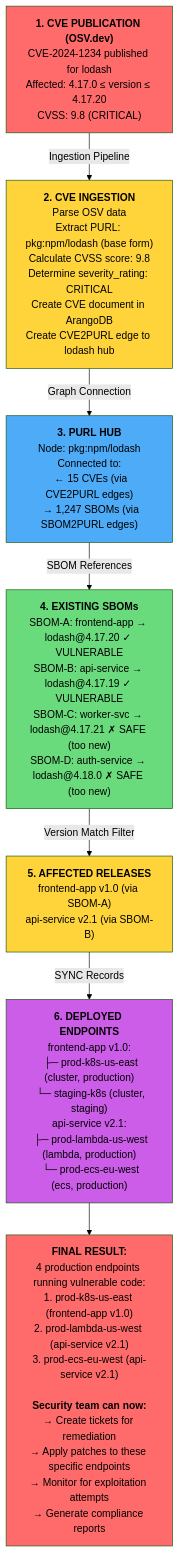
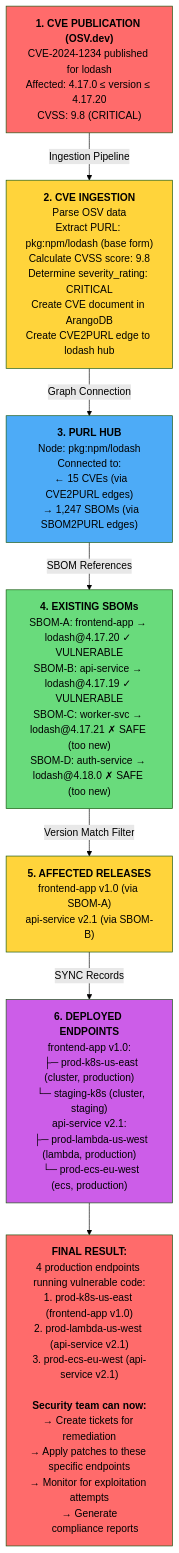
Before and after one commit to ortelius/cve2release-tracker: the ninth of 23 diagrams in design.md, drawn with Mermaid (forest theme). The commit also changed other lines of this file, not shown here.

````diff
--- a/design.md
+++ b/design.md
@@ -487,36 +501,37 @@
 ```mermaid
 flowchart TB
     Step1["<b>1. CVE PUBLICATION (OSV.dev)</b><br/>CVE-2024-1234 published for lodash<br/>Affected: 4.17.0 ≤ version ≤ 4.17.20<br/>CVSS: 9.8 (CRITICAL)"]
     
     Step1 -->|Ingestion Pipeline| Step2
     
     Step2["<b>2. CVE INGESTION</b><br/>Parse OSV data<br/>Extract PURL: pkg:npm/lodash (base form)<br/>Calculate CVSS score: 9.8<br/>Determine severity_rating: CRITICAL<br/>Create CVE document in ArangoDB<br/>Create CVE2PURL edge to lodash hub"]
     
     Step2 -->|Graph Connection| Step3
     
     Step3["<b>3. PURL HUB</b><br/>Node: pkg:npm/lodash<br/>Connected to:<br/>  ← 15 CVEs (via CVE2PURL edges)<br/>  → 1,247 SBOMs (via SBOM2PURL edges)"]
     
     Step3 -->|SBOM References| Step4
     
     Step4["<b>4. EXISTING SBOMs</b><br/>SBOM-A: frontend-app → lodash@4.17.20 ✓ VULNERABLE<br/>SBOM-B: api-service → lodash@4.17.19 ✓ VULNERABLE<br/>SBOM-C: worker-svc → lodash@4.17.21 ✗ SAFE (too new)<br/>SBOM-D: auth-service → lodash@4.18.0 ✗ SAFE (too new)"]
     
     Step4 -->|Version Match Filter| Step5
     
     Step5["<b>5. AFFECTED RELEASES</b><br/>frontend-app v1.0 (via SBOM-A)<br/>api-service v2.1 (via SBOM-B)"]
     
     Step5 -->|SYNC Records| Step6
     
     Step6["<b>6. DEPLOYED ENDPOINTS</b><br/>frontend-app v1.0:<br/>  ├─ prod-k8s-us-east (cluster, production)<br/>  └─ staging-k8s (cluster, staging)<br/>api-service v2.1:<br/>  ├─ prod-lambda-us-west (lambda, production)<br/>  └─ prod-ecs-eu-west (ecs, production)"]
     
     Step6 --> Result
     
-    Result["<b>FINAL RESULT:</b><br/>4 production endpoints running vulnerable code:<br/>1. prod-k8s-us-east (frontend-app v1.0)<br/>2. prod-lambda-us-west (api-service v2.1)<br/>3. prod-ecs-eu-west (api-service v2.1)<br/><br/><b>Security team can now:</b><br/>→ Create tickets for remediation<br/>→ Apply patches to these specific endpoints<br/>→ Monitor for exploitation attempts<br/>→ Generate compliance reports"]
+    Result["<b>FINAL RESULT:</b><br/>4 production endpoints running vulnerable code:<br/>1. prod-k8s-us-east (frontend-app v1.0)<br/>2. prod-lambda-us-west (api-service v2.1)<br/>3. prod-ecs-eu-west (api-service v2.1)<br/><br/><b>Security team can now:</b><br/>→ Create tickets for remediation<br/>→ Apply patches to these specific endpoints<br/>→ Monitor for exploitation attempts<br/>→ Generate
+    compliance reports"]
     
     style Step1 fill:#ff6b6b
     style Step2 fill:#ffd43b
     style Step3 fill:#4dabf7
     style Step4 fill:#69db7c
     style Step5 fill:#ffd43b
     style Step6 fill:#cc5de8
     style Result fill:#ff6b6b
 ```
````
